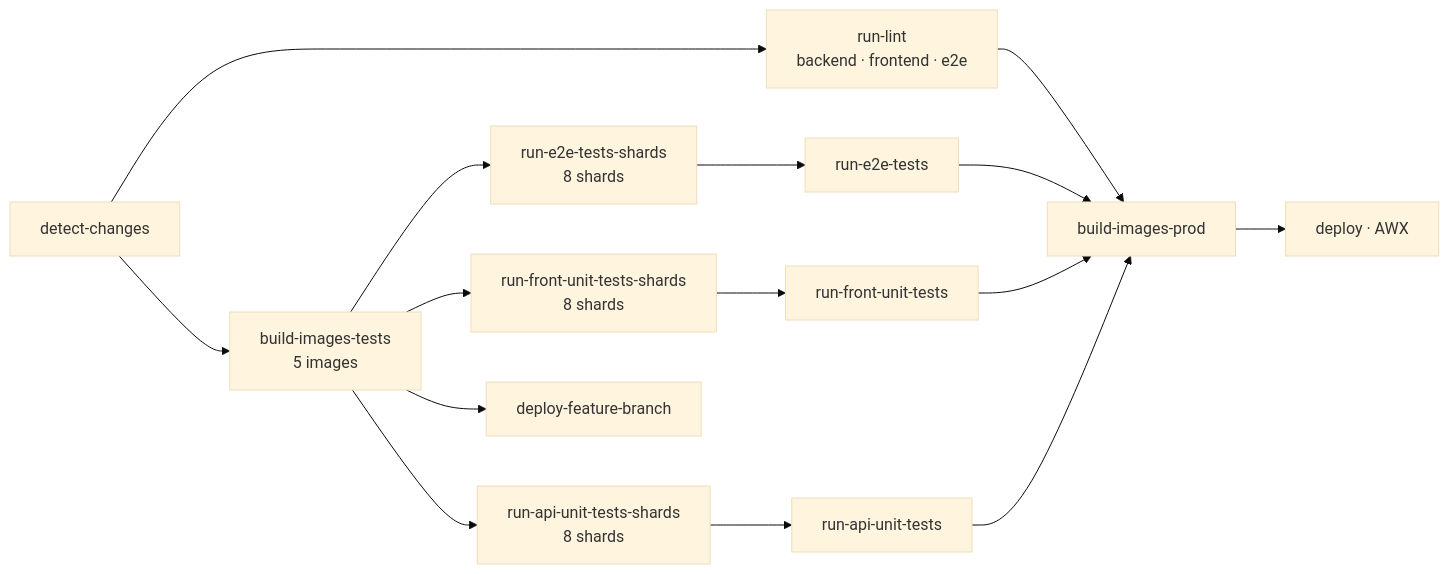
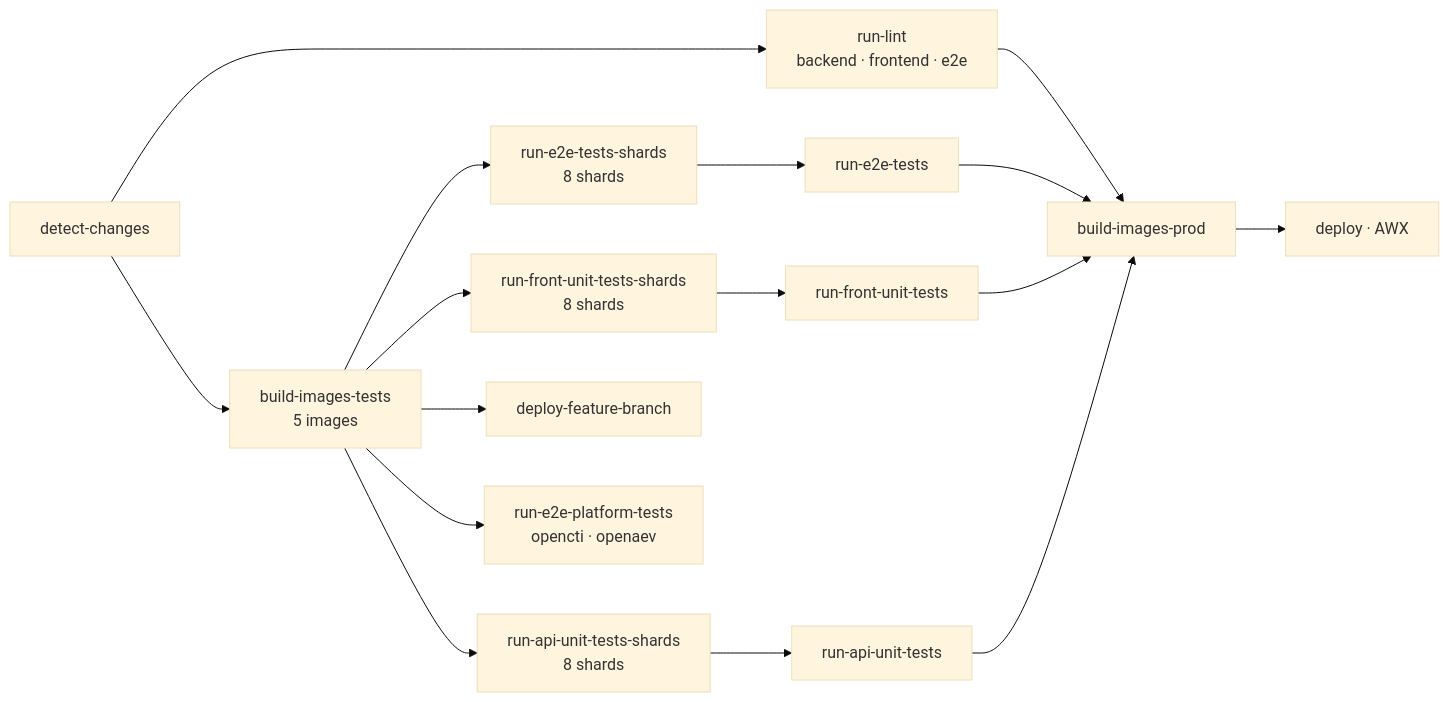
One commit to FiligranHQ/xtm-hub changed the diagram in .claude/rules/ci.md. Above: the diagram before and after it, drawn with Mermaid (base theme). The commit also changed other lines of this file and 18 other files, not shown here.

````diff
--- a/.claude/rules/ci.md
+++ b/.claude/rules/ci.md
@@ -20,17 +21,18 @@
 ```mermaid
 flowchart LR
   A[detect-changes] --> B[run-lint<br/>backend · frontend · e2e]
   A --> C[build-images-tests<br/>5 images]
   C --> D[run-e2e-tests-shards<br/>8 shards]
   C --> E[run-front-unit-tests-shards<br/>8 shards]
   C --> F[run-api-unit-tests-shards<br/>8 shards]
   C --> G[deploy-feature-branch]
+  C --> P[run-e2e-platform-tests<br/>opencti · openaev]
   D --> H[run-e2e-tests]
   E --> I[run-front-unit-tests]
   F --> J[run-api-unit-tests]
   B --> K[build-images-prod]
   H --> K
   I --> K
   J --> K
   K --> L[deploy · AWX]
 ```
````
